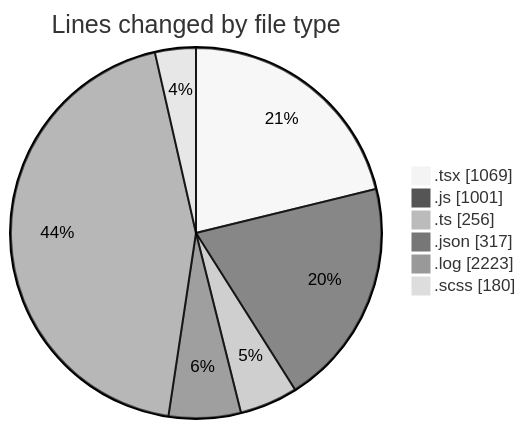
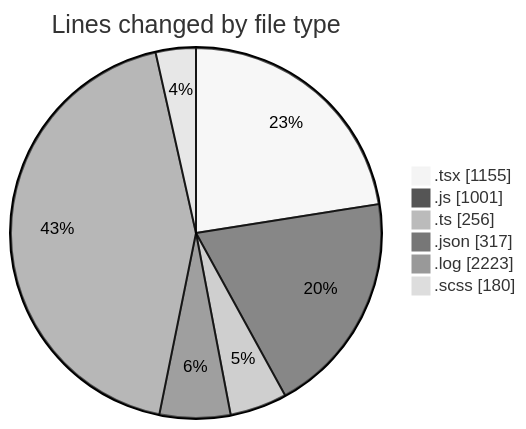
The first of 2 diagrams in 2026-04-17/cda/README.md (momahboobian/code-tracking), drawn with Mermaid (neutral theme) before and after one commit. The commit also changed other lines of this file and 1 other file, not shown here.

````diff
--- a/2026-04-17/cda/README.md
+++ b/2026-04-17/cda/README.md
@@ -38,10 +39,10 @@
 ```mermaid
 pie showData
 title Lines changed by file type
-".tsx" : 1069
+".tsx" : 1155
 ".js" : 1001
 ".ts" : 256
 ".json" : 317
 ".log" : 2223
 ".scss" : 180
 ```
````
